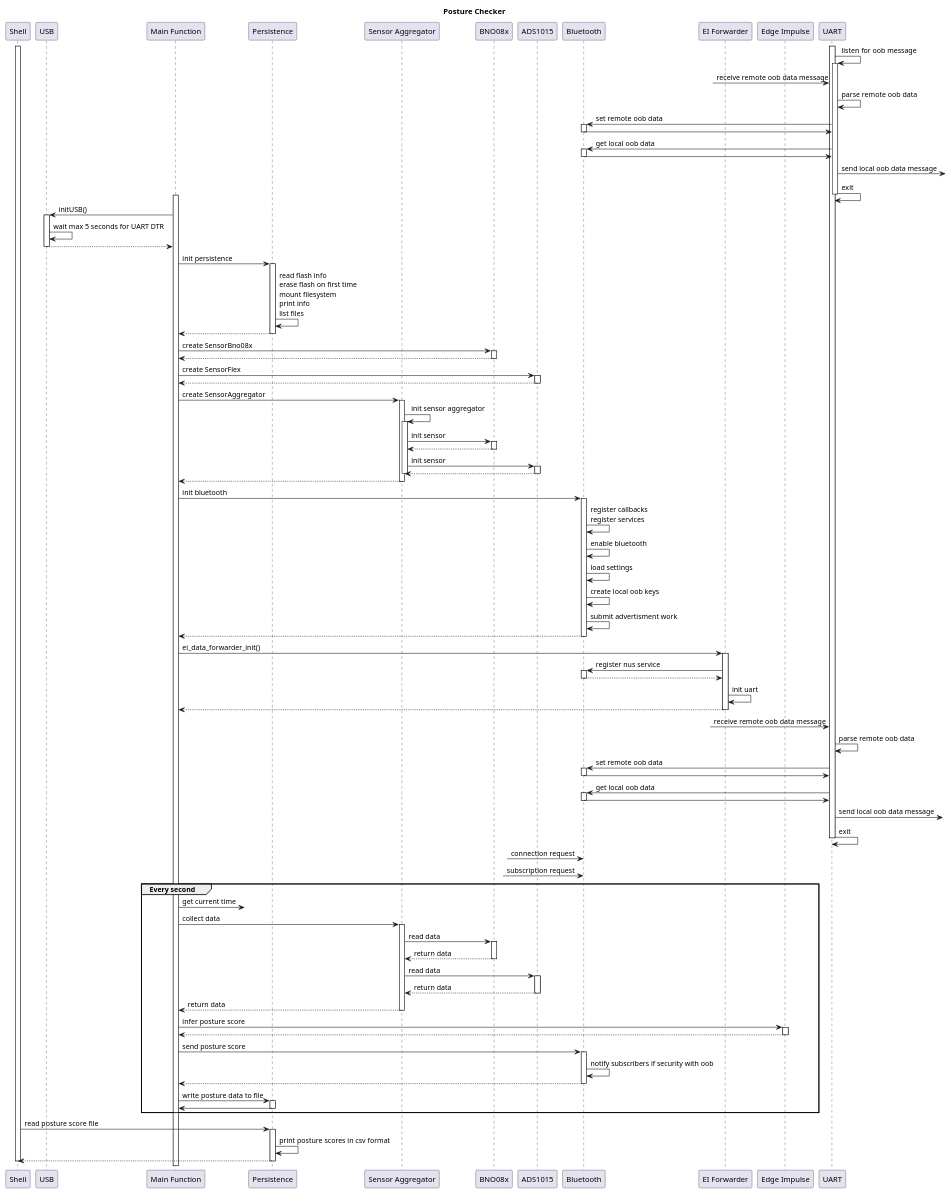
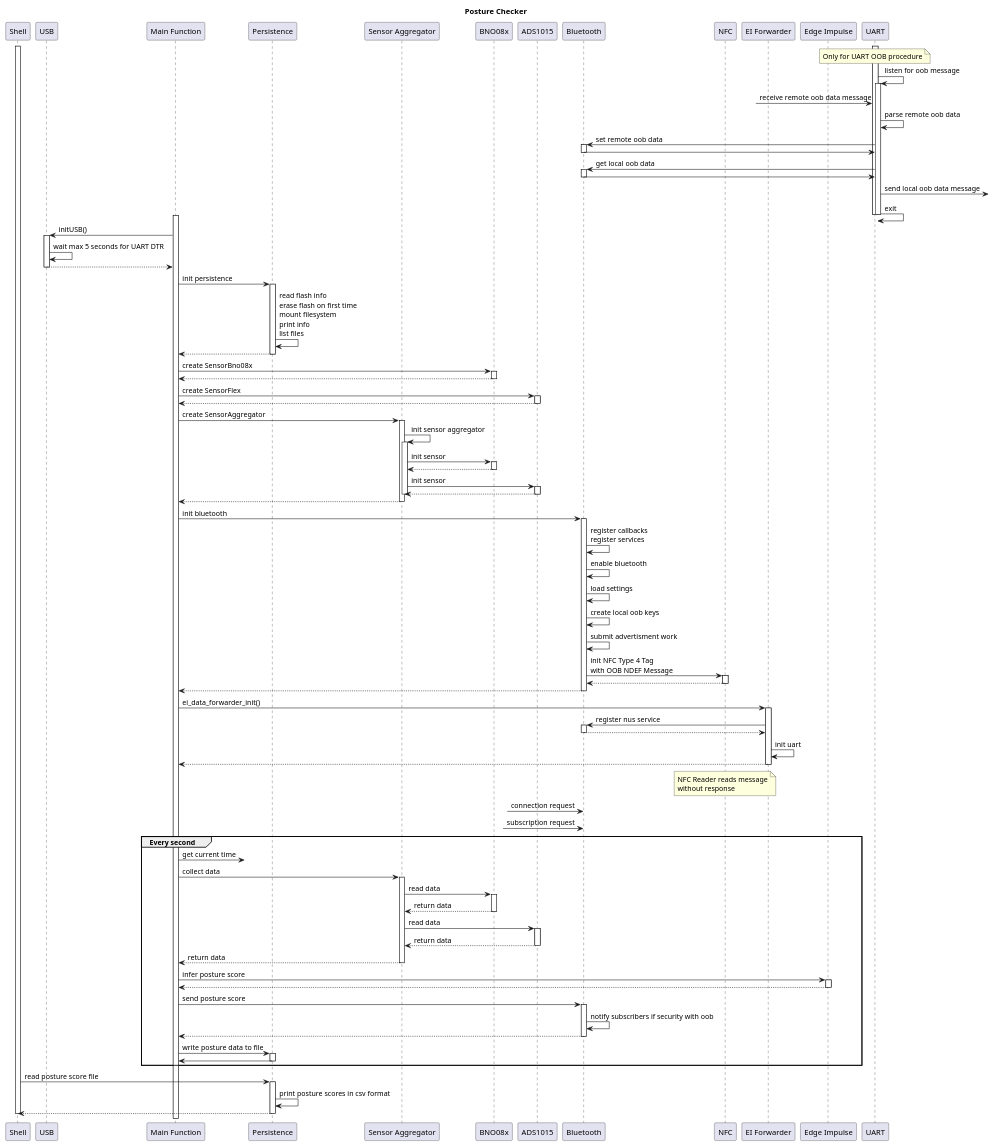
One commit to jens-ajisai/gently-communicating-home-using-Matter changed the diagram in postureChecker/doc/01_diagrams/sequenceDiagram.plantuml. Above: the diagram before and after it, drawn with PlantUML. The commit also changed 123 other files, not shown here.

```diff
--- a/postureChecker/doc/01_diagrams/sequenceDiagram.plantuml
+++ b/postureChecker/doc/01_diagrams/sequenceDiagram.plantuml
@@ -1,106 +1,103 @@
 @startuml
 
 title Posture Checker
 
 participant "Shell" as shell
 participant "USB" as usb
 participant "Main Function" as main
 participant "Persistence" as pers
 participant "Sensor Aggregator" as sensors
 participant "BNO08x" as bno
 participant "ADS1015" as adc
 participant "Bluetooth" as bt
+participant "NFC" as nfc
 participant "EI Forwarder" as eif
 participant "Edge Impulse" as ei
 participant "UART" as uart
 
+note over uart: Only for UART OOB procedure
 uart++
 uart -> uart ++ : listen for oob message
 ?-> uart : receive remote oob data message
 uart->uart : parse remote oob data
 uart->bt ++: set remote oob data
 bt->uart --
 uart->bt ++: get local oob data
 bt->uart --
 uart->? : send local oob data message
 uart->uart : exit
+uart--
 uart--
 
 
 main ++
 main -> usb ++ : initUSB()
 usb -> usb : wait max 5 seconds for UART DTR
 usb --> main --
 
 main -> pers ++ : init persistence
 pers -> pers : read flash info\nerase flash on first time\nmount filesystem\nprint info\nlist files
 pers --> main --
 
 main -> bno ++ : create SensorBno08x
 bno --> main --
 main -> adc ++ : create SensorFlex
 adc --> main --
 main -> sensors ++ : create SensorAggregator
 
 sensors -> sensors ++ : init sensor aggregator
 sensors -> bno ++ : init sensor
 bno --> sensors --
 sensors -> adc ++ : init sensor
 adc --> sensors --
 sensors --
 sensors --> main --
 
 
 main -> bt ++ : init bluetooth
 bt -> bt : register callbacks\nregister services
 bt -> bt : enable bluetooth
 bt -> bt : load settings
 bt -> bt : create local oob keys
 bt -> bt : submit advertisment work
+bt -> nfc++ : init NFC Type 4 Tag\nwith OOB NDEF Message
+nfc --> bt --
 bt --> main --
 
 
 
 main -> eif ++ : ei_data_forwarder_init()
 eif -> bt ++ : register nus service
 bt --> eif --
 eif -> eif : init uart
 eif --> main --
 
-?-> uart : receive remote oob data message
-uart->uart : parse remote oob data
-uart->bt ++: set remote oob data
-bt->uart --
-uart->bt ++: get local oob data
-bt->uart --
-uart->? : send local oob data message
-uart->uart : exit
-uart--
+note over nfc : NFC Reader reads message\nwithout response
 
 ?-> bt : connection request
 ?-> bt : subscription request
 
 group Every second
     main ->?  : get current time
     main -> sensors ++ : collect data
     sensors -> bno ++ : read data
     bno --> sensors -- : return data
     sensors -> adc ++ : read data
     adc --> sensors -- : return data
     sensors --> main -- : return data
     main -> ei ++ : infer posture score
     ei --> main --
     main -> bt ++ : send posture score
     bt -> bt : notify subscribers if security with oob
     bt --> main --
     main -> pers ++ : write posture data to file
     pers -> main --
 end
 
 shell++
 shell -> pers ++ : read posture score file
 pers -> pers : print posture scores in csv format
 pers --> shell --
 shell --
 
 @enduml
```
